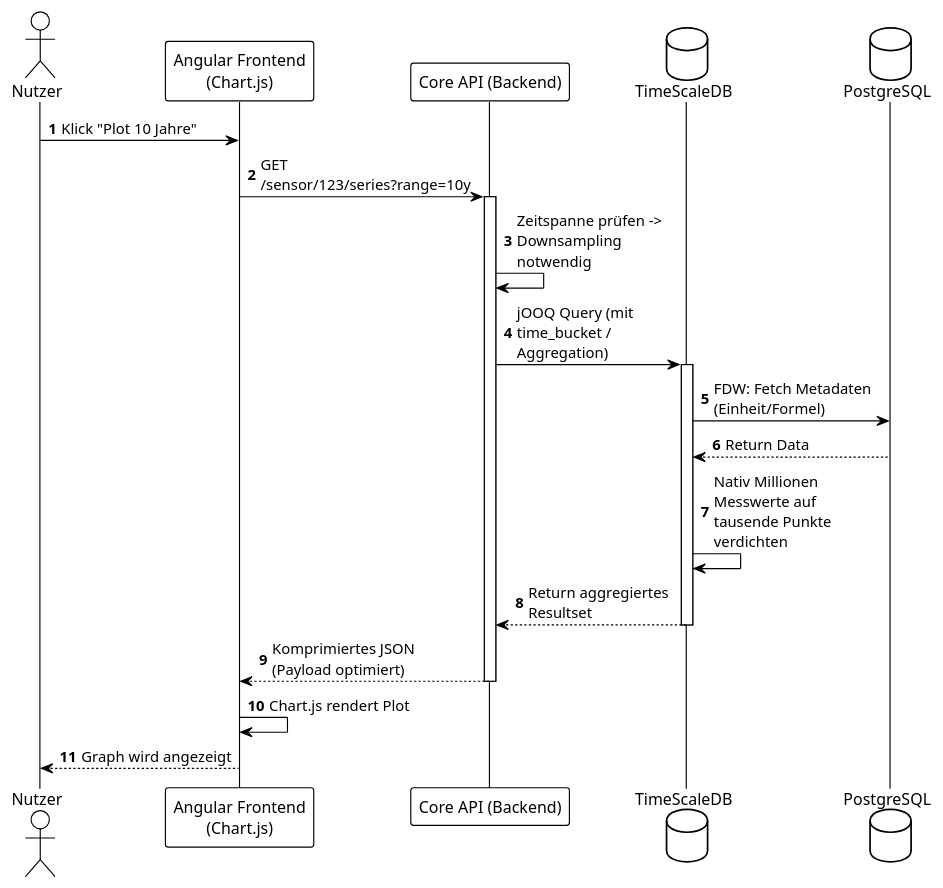
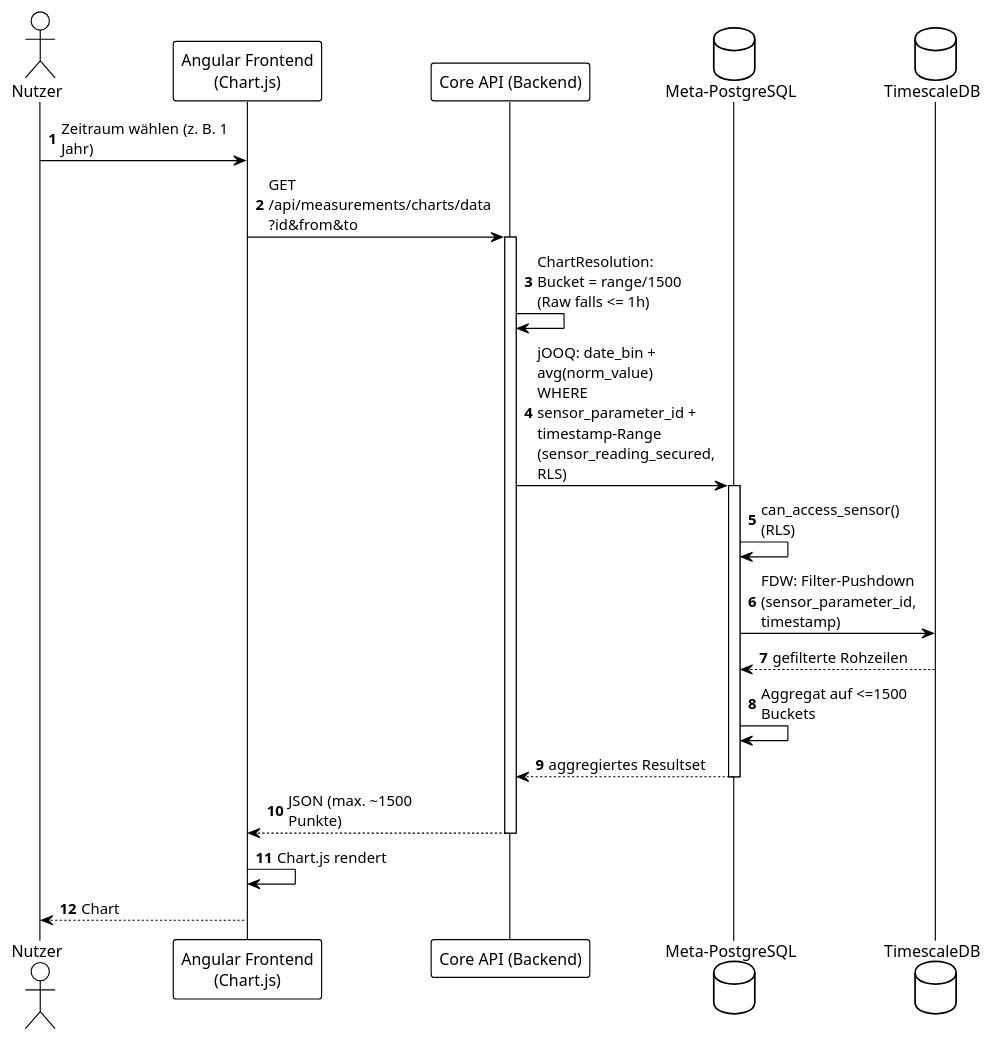
One commit to swisstopo/lg-monteis changed the diagram in documentation/architecture/images/downsampling-sequence.puml. Above: the diagram before and after it, drawn with PlantUML. The commit also changed 8 other files, not shown here.

Commit message:
feat(MON-134): add downsampling for chart data

```diff
--- a/documentation/architecture/images/downsampling-sequence.puml
+++ b/documentation/architecture/images/downsampling-sequence.puml
@@ -1,32 +1,34 @@
 @startuml
 !theme plain
 autonumber
 skinparam maxMessageSize 150
 
 actor "Nutzer" as User
 participant "Angular Frontend\n(Chart.js)" as UI
 participant "Core API (Backend)" as Backend
-database "TimeScaleDB" as TSDB
-database "PostgreSQL" as PostGIS
+database "Meta-PostgreSQL" as MetaDB
+database "TimescaleDB" as TSDB
 
-User -> UI : Klick "Plot 10 Jahre"
-UI -> Backend : GET /sensor/123/series?range=10y
+User -> UI : Zeitraum wählen (z. B. 1 Jahr)
+UI -> Backend : GET /api/measurements/charts/data\n?id&from&to
 activate Backend
 
-Backend -> Backend : Zeitspanne prüfen -> Downsampling notwendig
-Backend -> TSDB : jOOQ Query (mit time_bucket / Aggregation)
-activate TSDB
+Backend -> Backend : ChartResolution:\nBucket = range/1500\n(Raw falls <= 1h)
+Backend -> MetaDB : jOOQ: date_bin + avg(norm_value)\nWHERE sensor_parameter_id + timestamp-Range\n(sensor_reading_secured, RLS)
+activate MetaDB
 
-TSDB -> PostGIS : FDW: Fetch Metadaten (Einheit/Formel)
-PostGIS --> TSDB : Return Data
-TSDB -> TSDB : Nativ Millionen Messwerte auf tausende Punkte verdichten
-TSDB --> Backend : Return aggregiertes Resultset
+MetaDB -> MetaDB : can_access_sensor() (RLS)
+MetaDB -> TSDB : FDW: Filter-Pushdown\n(sensor_parameter_id, timestamp)
+TSDB --> MetaDB : gefilterte Rohzeilen
 deactivate TSDB
+MetaDB -> MetaDB : Aggregat auf <=1500 Buckets
+MetaDB --> Backend : aggregiertes Resultset
+deactivate MetaDB
 
-Backend --> UI : Komprimiertes JSON (Payload optimiert)
+Backend --> UI : JSON (max. ~1500 Punkte)
 deactivate Backend
 
-UI -> UI : Chart.js rendert Plot
-UI --> User : Graph wird angezeigt
+UI -> UI : Chart.js rendert
+UI --> User : Chart
 
 @enduml
```
